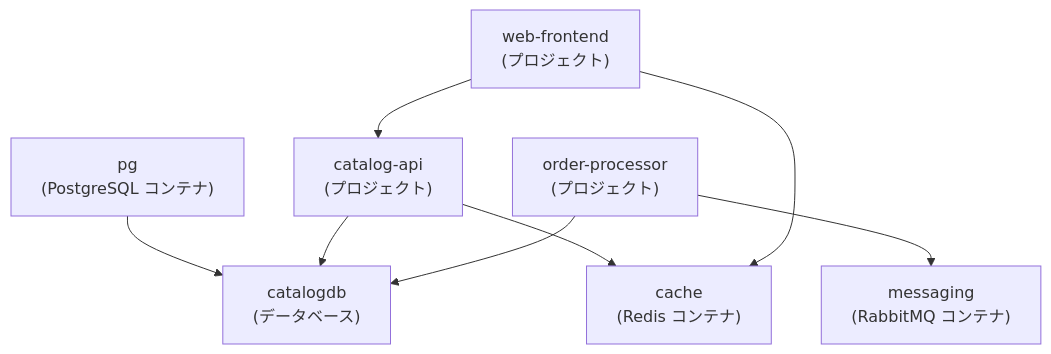
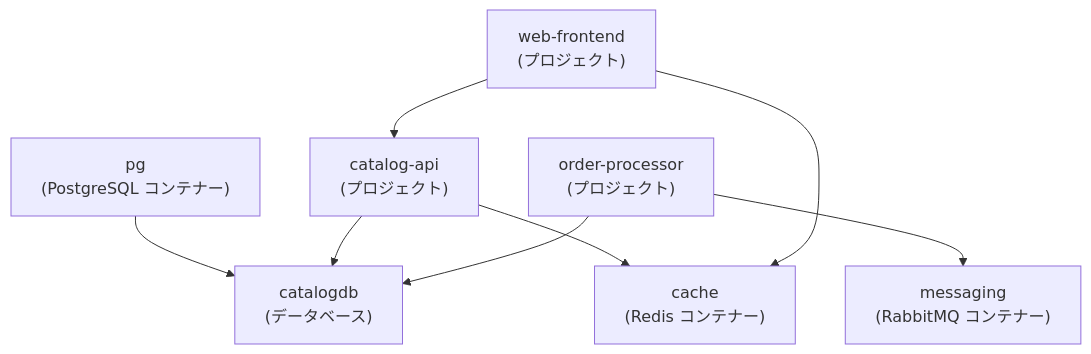
The second of 18 diagrams in content/blog/ja/dotnet-aspire.mdx (yoichiozaki/yoichiozaki.github.io), drawn with Mermaid before and after one commit. The commit also changed other lines of this file and 117 other files, not shown here.

````diff
--- a/content/blog/ja/dotnet-aspire.mdx
+++ b/content/blog/ja/dotnet-aspire.mdx
@@ -130,19 +130,19 @@
 ```mermaid
 graph TD
-    Redis["cache<br/>(Redis コンテナ)"]
-    PG["pg<br/>(PostgreSQL コンテナ)"]
+    Redis["cache<br/>(Redis コンテナー)"]
+    PG["pg<br/>(PostgreSQL コンテナー)"]
     DB["catalogdb<br/>(データベース)"]
-    RMQ["messaging<br/>(RabbitMQ コンテナ)"]
+    RMQ["messaging<br/>(RabbitMQ コンテナー)"]
 
     CatalogAPI["catalog-api<br/>(プロジェクト)"]
     OrderProc["order-processor<br/>(プロジェクト)"]
     WebFE["web-frontend<br/>(プロジェクト)"]
 
     PG --> DB
     CatalogAPI --> DB
     CatalogAPI --> Redis
     OrderProc --> RMQ
     OrderProc --> DB
     WebFE --> CatalogAPI
     WebFE --> Redis
 ```
````
